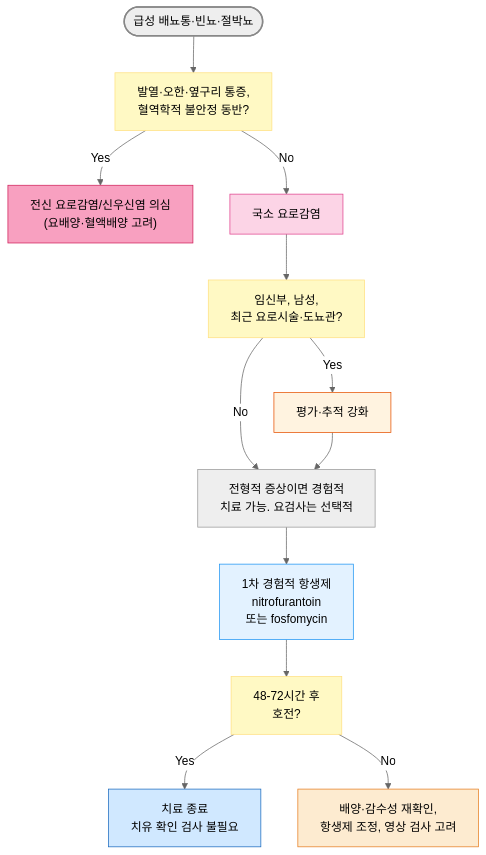
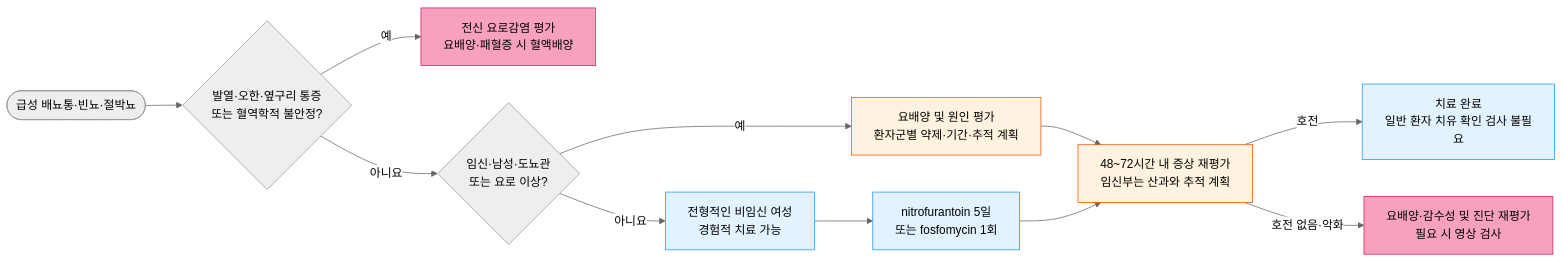
The diagram in 227_/118_-acute-cystitis.md (familyoh77/familyoh77), drawn with Mermaid (neutral theme) before and after one commit. The commit also changed other lines of this file and 1 other file, not shown here.

````diff
--- a/227_/118_-acute-cystitis.md
+++ b/227_/118_-acute-cystitis.md
@@ -88,24 +87,20 @@
 ```mermaid
-graph TD
-    A([급성 배뇨통·빈뇨·절박뇨]) --> B[발열·오한·옆구리 통증,<br>혈역학적 불안정 동반?]
-    B -->|Yes| C["전신 요로감염/신우신염 의심<br>(요배양·혈액배양 고려)"]
-    B -->|No| D[국소 요로감염]
-D --> E[임신부, 남성, <br>최근 요로시술·도뇨관?]
-    E -->|Yes| F[평가·추적 강화]
-    E -->|No| H[전형적 증상이면 경험적 <br>치료 가능. 요검사는 선택적]
-    F --> H
-    H --> I[1차 경험적 항생제<br>nitrofurantoin<br> 또는 fosfomycin]
-    I --> J[48-72시간 후<br>호전?]
-    J -->|Yes| K[치료 종료<br>치유 확인 검사 불필요]
-    J -->|No| L[배양·감수성 재확인,<br>항생제 조정, 영상 검사 고려]
+graph LR
+    A([급성 배뇨통·빈뇨·절박뇨]) --> B{발열·오한·옆구리 통증<br>또는 혈역학적 불안정?}
+    B -->|예| C[전신 요로감염 평가<br>요배양·패혈증 시 혈액배양]
+    B -->|아니요| D{임신·남성·도뇨관<br>또는 요로 이상?}
+    D -->|예| E[요배양 및 원인 평가<br>환자군별 약제·기간·추적 계획]
+    D -->|아니요| F[전형적인 비임신 여성<br>경험적 치료 가능]
+    F --> G[nitrofurantoin 5일<br>또는 fosfomycin 1회]
+    E --> H[48~72시간 내 증상 재평가<br>임신부는 산과와 추적 계획]
+    G --> H
+    H -->|호전| I[치료 완료<br>일반 환자 치유 확인 검사 불필요]
+    H -->|호전 없음·악화| J[요배양·감수성 및 진단 재평가<br>필요 시 영상 검사]
 
-style A fill:#eeeeee,stroke:#888888,stroke-width:2px
-classDef yellow fill:#fff9c4,stroke:#ffe082
-class B,E,J yellow
-style C fill:#f8a0c0,stroke:#d01f5a
-style D fill:#fcd4e6,stroke:#e0448e
-style I fill:#e3f2ff,stroke:#2196f3
-style K fill:#d0e8ff,stroke:#1a6abf
-style L fill:#fdebd0,stroke:#e67e22
-style F fill:#fff3e0,stroke:#e65100
+classDef danger fill:#f8a0c0,stroke:#d01f5a
+classDef caution fill:#fff3e0,stroke:#e65100
+classDef treatment fill:#e3f2ff,stroke:#2196f3
+class C,J danger
+class E,H caution
+class F,G,I treatment
 ```
````
